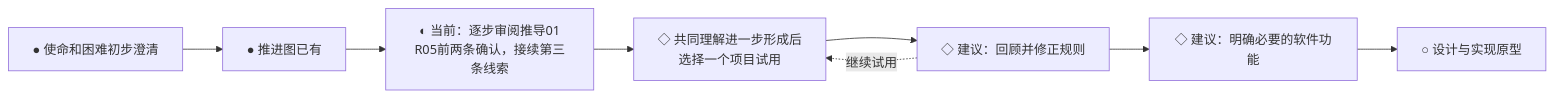
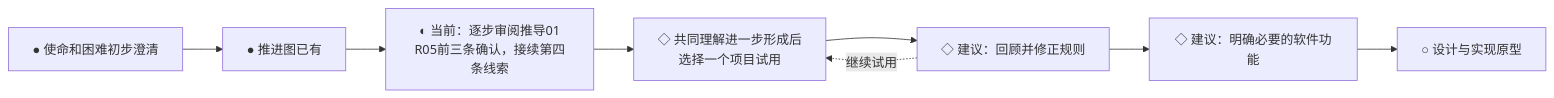
The second of 2 diagrams in 项目/人生飞轮/项目推进图.md (fangjiaqi2023-jpg/life-flywheel), drawn with Mermaid before and after one commit. The commit also changed other lines of this file, not shown here.

````diff
--- a/项目/人生飞轮/项目推进图.md
+++ b/项目/人生飞轮/项目推进图.md
@@ -38,10 +38,10 @@
 ```mermaid
 flowchart LR
     P0[● 使命和困难初步澄清] --> P1[● 推进图已有]
-    P1 --> P2[◐ 当前：逐步审阅推导01<br/>R05前两条确认，接续第三条线索]
+    P1 --> P2[◐ 当前：逐步审阅推导01<br/>R05前三条确认，接续第四条线索]
     P2 --> P3[◇ 共同理解进一步形成后<br/>选择一个项目试用]
     P3 --> P4[◇ 建议：回顾并修正规则]
     P4 --> P5[◇ 建议：明确必要的软件功能]
     P5 --> P6[○ 设计与实现原型]
     P4 -.继续试用.-> P3
 ```
````
